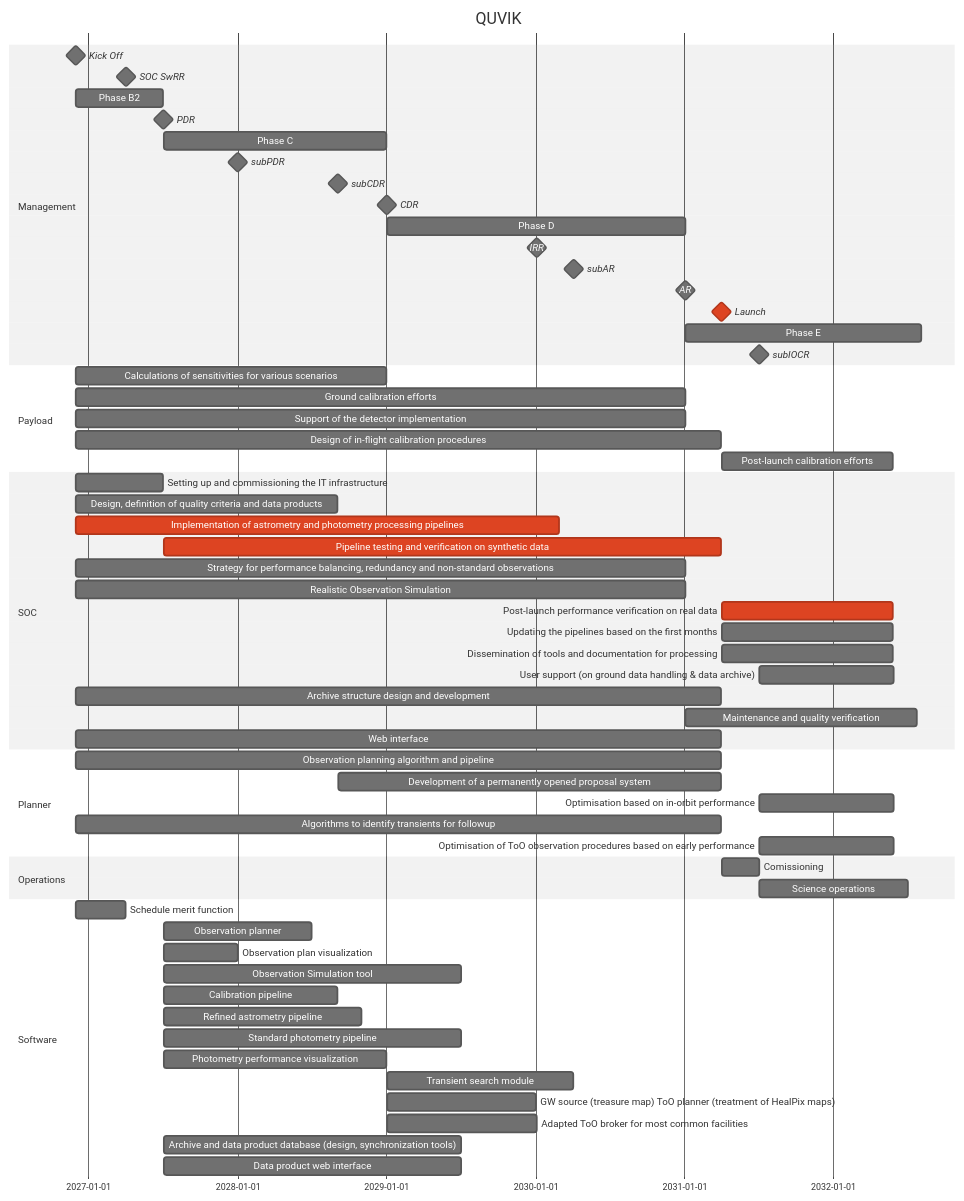
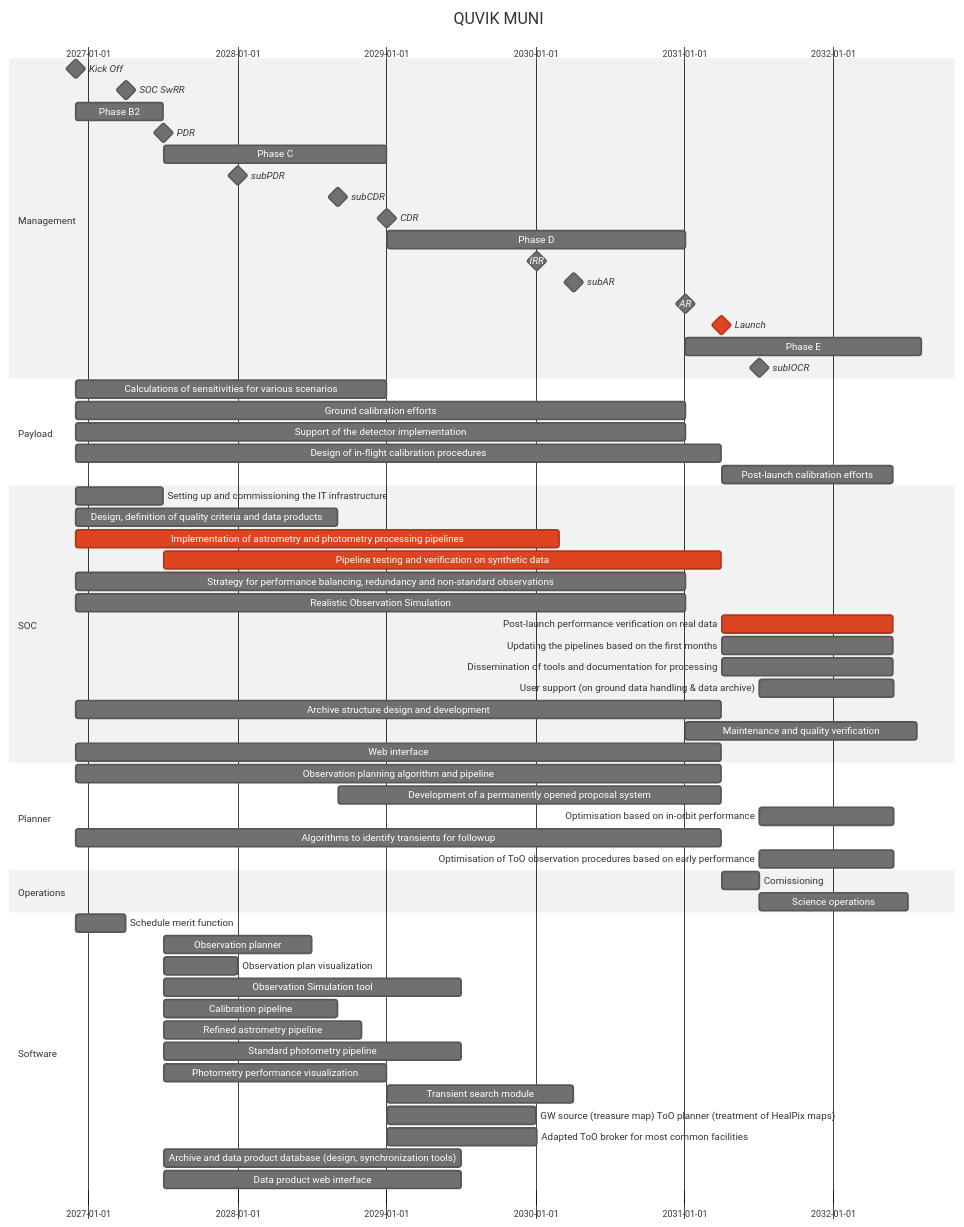
The first of 2 diagrams in calib/SOC.md (limu007/quvik), drawn with Mermaid (neutral theme) before and after one commit.

Commit message:
Update Gantt chart title in SOC.md

````diff
--- a/calib/SOC.md
+++ b/calib/SOC.md
@@ -1,70 +1,71 @@
 ```mermaid
+%%{ init: { "gantt": { "topAxis": true, "topPadding": 65} } }%%
 gantt
-    title QUVIK
+    title QUVIK MUNI 
     dateFormat  YYYY-MM-DD
     section Management
     Kick Off : milestone, m1, 2026-12-01, 1d
     SOC SwRR : milestone, swr, after SD-1, 1d
     Phase B2 : b2, after m1, 213d
     PDR : milestone, pdr, after b2, 1d
     Phase C : c1, after pdr, 547d
     subPDR :  milestone, sp1, after SD-3, 1d
     subCDR :  milestone, sc1, after SD-5, 1d
     CDR : milestone, cdr, after c1, 1d
     Phase D : d1, after cdr, 730d
     IRR : milestone, irr, after SD-11, 1d
     subAR: milestone, sar, after SD-9, 1d
     AR : milestone, ar, after d1, 1d
     Launch : crit, milestone, frr, after fol, 1d
     Phase E : e1, after ar, 578d
     subIOCR : milestone, iocr, after e2, 1d
 
     section Payload
     Calculations of sensitivities for various scenarios :  after m1 , until cdr
     Ground calibration efforts :  after m1 , until ar
     Support of the detector implementation :  after m1 , until ar 
     Design of in-flight calibration procedures :  dcal, after m1 , until frr
     Post-launch calibration efforts : after frr , 420d
 
     section SOC
     Setting up and commissioning the IT infrastructure : after m1, until pdr
     Design, definition of quality criteria and data products : 	des, after m1	, until sc1
     Implementation of astrometry and photometry processing pipelines :crit, imp, after m1 , 169w
     Pipeline testing and verification on synthetic data :crit,  pp, after pdr, until frr
     Strategy for performance balancing, redundancy and non-standard observations :  after m1 , until ar
     Realistic Observation Simulation :  after m1 , until ar
     Post-launch performance verification on real data :crit,   after frr , 420d
     Updating the pipelines based on the first months :  after frr , 420d
     Dissemination of tools and documentation for processing :  after frr , 420d
     User support (on ground data handling & data archive) :  after iocr , 330d
     Archive structure design and development :  after m1 , until frr
     Maintenance and quality verification :  after ar , 81w
     Web interface :  after m1 , until frr
 
     section Planner
     Observation planning algorithm and pipeline :  after m1 , until frr
     Development of a permanently opened proposal system : after sc1 , until frr
     Optimisation based on in-orbit performance :  after iocr , 330d
     Algorithms to identify transients for followup : fol, after m1 , 1581d
     Optimisation of ToO observation procedures based on early performance :  after iocr , 330d
 
     section Operations
         Comissioning : e2, after frr, 13w
         Science operations : e3, after iocr, 52w
 
     section Software
         Schedule merit function: SD-1, after m1, 122d
         Observation planner: SD-2, after pdr, 364d
         Observation plan visualization: SD-3, after pdr, 182d
         Observation Simulation tool: SD-4, after pdr, 729d
         Calibration pipeline: SD-5, after pdr, 427d
         Refined astrometry pipeline: SD-6, after pdr, 486d
         Standard photometry pipeline: SD-7, after pdr, 729d
         Photometry performance visualization: SD-8, after pdr, 547d
         Transient search module: SD-9, after cdr, 457d
         GW source (treasure map) ToO planner (treatment of HealPix maps): SD-10, after cdr, 364d
         Adapted ToO broker for most common facilities: SD-11, after cdr, 366d
         Archive and data product database (design, synchronization tools): SD-12, after pdr, 729d
         Data product web interface: SD-13, after pdr, 729d
 
 ```
````
